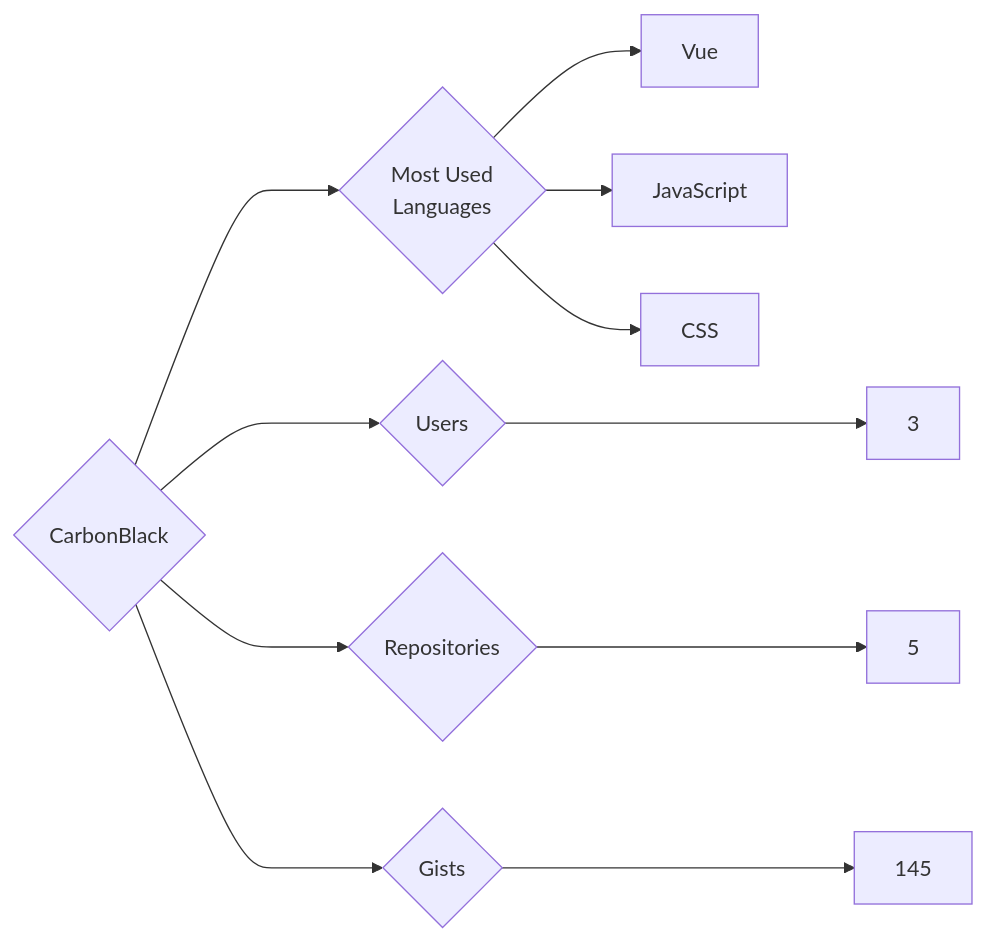
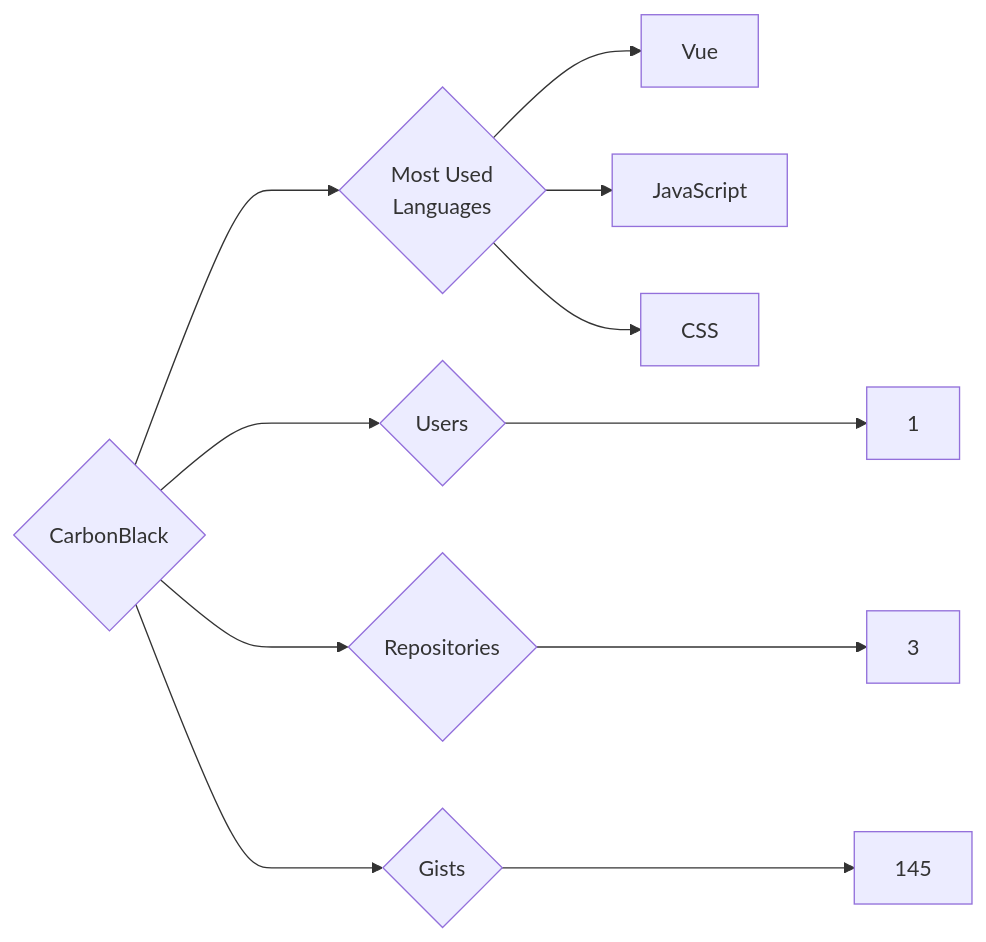
One commit to trickest/insiders changed the diagram in targets/CarbonBlack/README.md. Above: the diagram before and after it, drawn with Mermaid. The commit also changed 938 other files, not shown here.

````diff
--- a/targets/CarbonBlack/README.md
+++ b/targets/CarbonBlack/README.md
@@ -3,11 +3,11 @@
 ```mermaid
 graph LR
 COMPANY_NAME{CarbonBlack}
-COMPANY_NAME ---> U{Users} ---> UN[3]
-COMPANY_NAME ---> R{Repositories} ---> RN[5]
+COMPANY_NAME ---> U{Users} ---> UN[1]
+COMPANY_NAME ---> R{Repositories} ---> RN[3]
 COMPANY_NAME ---> G{Gists} ---> GN[145]
 COMPANY_NAME ---> ML{Most Used<br>Languages}
 ML --> Vue[Vue]
 ML --> JavaScript[JavaScript]
 ML --> CSS[CSS]
 ```
````
